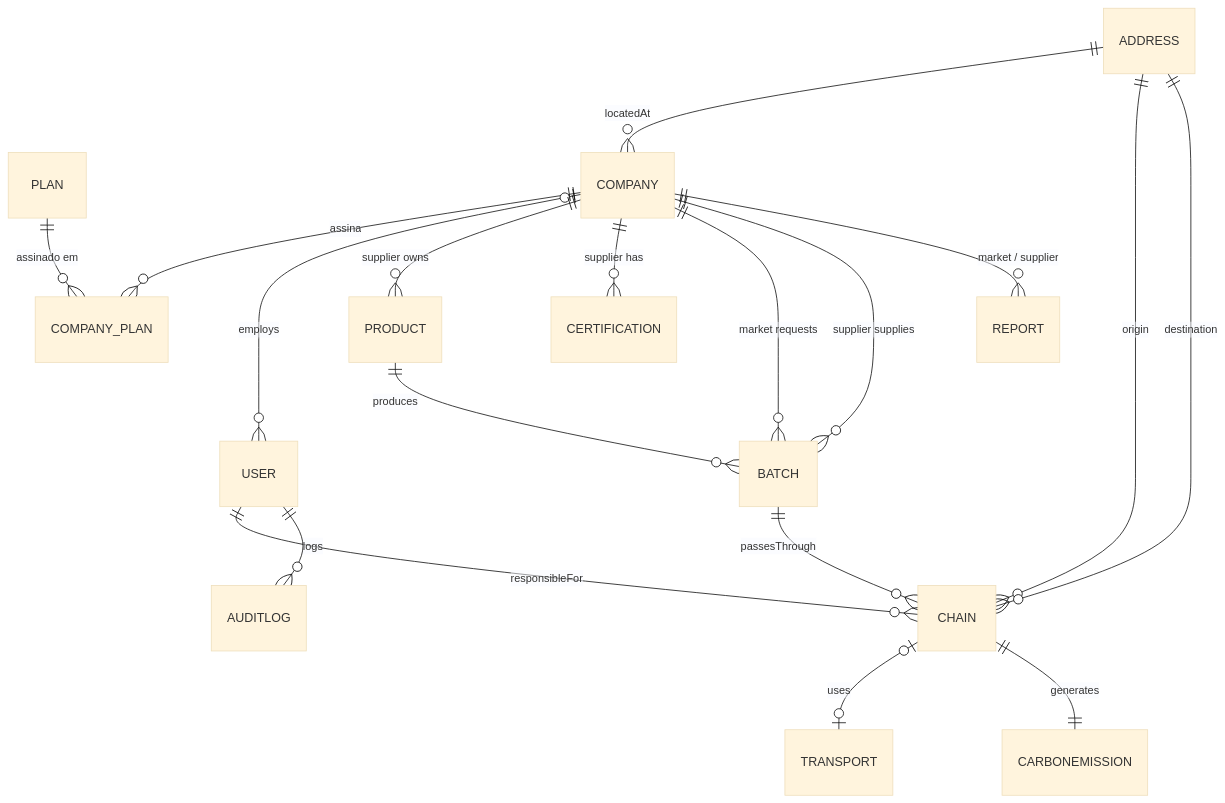
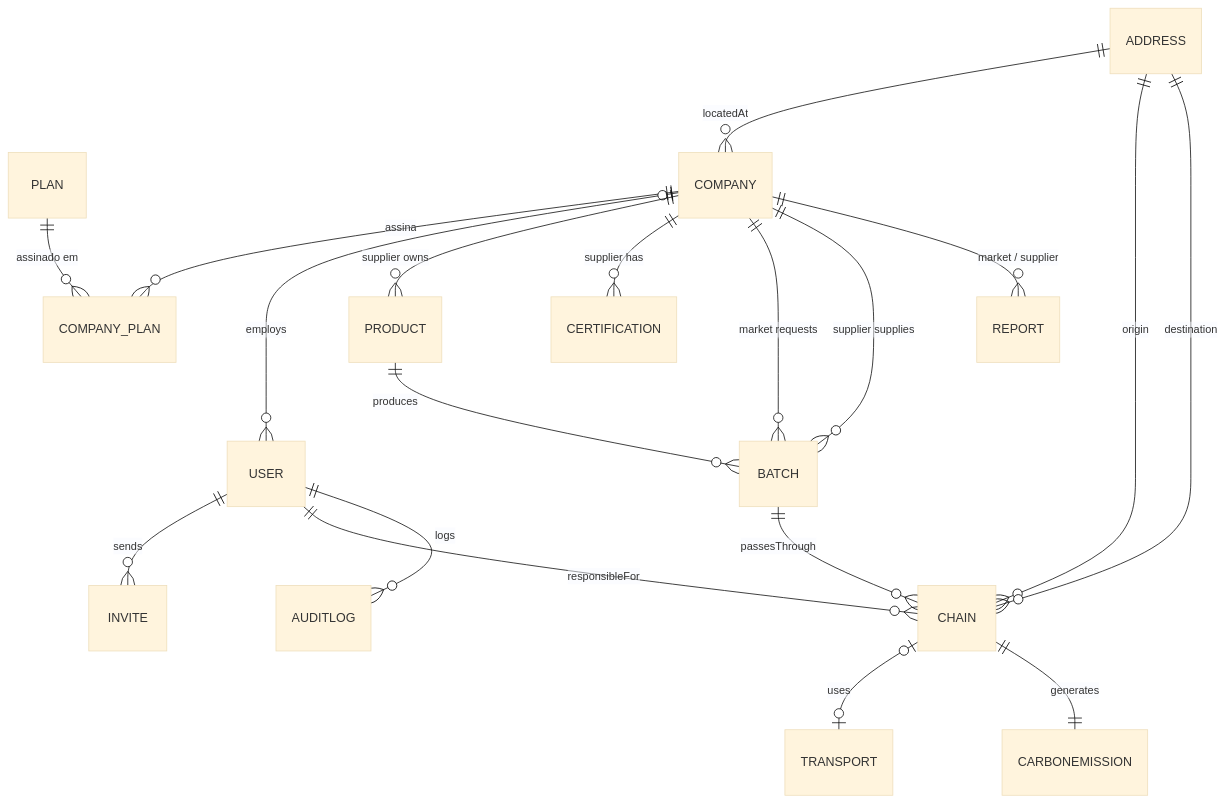
One commit to matheusnascimentods/supply-chain-verde-api changed the diagram in docs/features/000-base/reference.md. Above: the diagram before and after it, drawn with Mermaid (base theme). The commit also changed other lines of this file and 4 other files, not shown here.

````diff
--- a/docs/features/000-base/reference.md
+++ b/docs/features/000-base/reference.md
@@ -155,20 +169,21 @@
 ```mermaid
 erDiagram
   PLAN ||--o{ COMPANY_PLAN : "assinado em"
   COMPANY ||--o{ COMPANY_PLAN : assina
   ADDRESS ||--o{ COMPANY : locatedAt
   COMPANY |o--o{ USER : employs
+  USER ||--o{ INVITE : sends
   COMPANY ||--o{ PRODUCT : "supplier owns"
   COMPANY ||--o{ CERTIFICATION : "supplier has"
   COMPANY ||--o{ BATCH : "market requests"
   COMPANY ||--o{ BATCH : "supplier supplies"
   PRODUCT ||--o{ BATCH : produces
   BATCH ||--o{ CHAIN : passesThrough
   ADDRESS ||--o{ CHAIN : origin
   ADDRESS ||--o{ CHAIN : destination
   USER ||--o{ CHAIN : responsibleFor
   CHAIN |o--o| TRANSPORT : uses
   CHAIN ||--|| CARBONEMISSION : generates
   COMPANY ||--o{ REPORT : "market / supplier"
   USER ||--o{ AUDITLOG : logs
 ```
````
